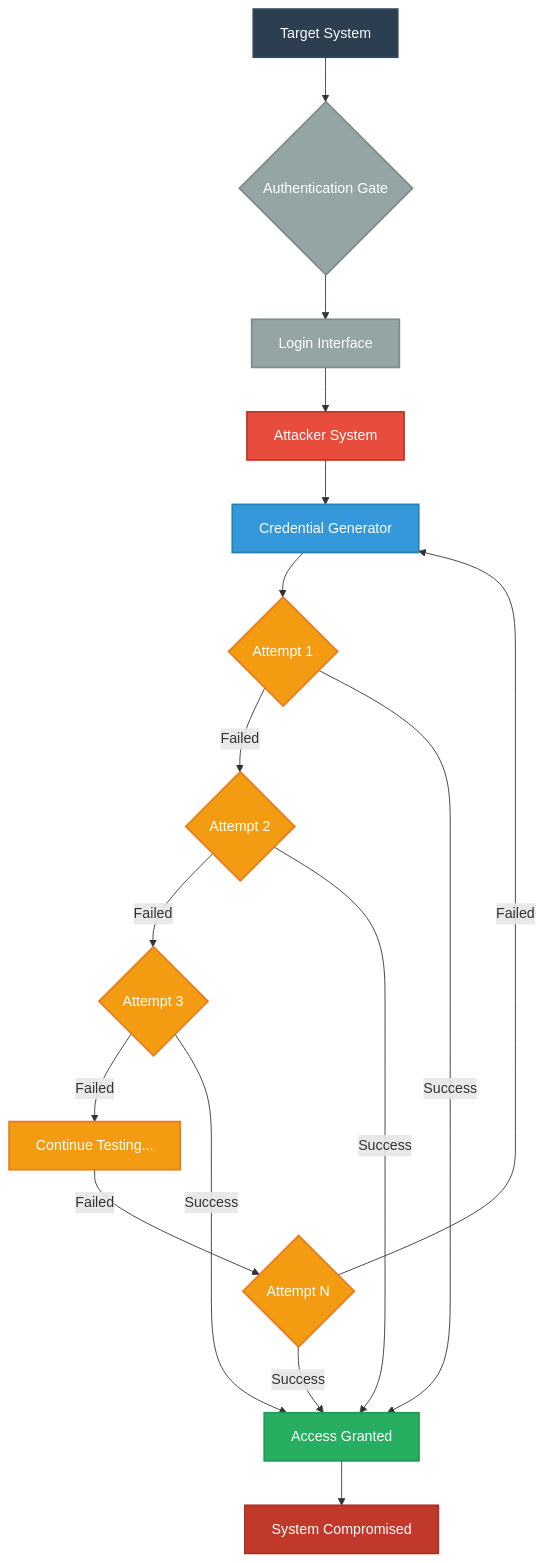
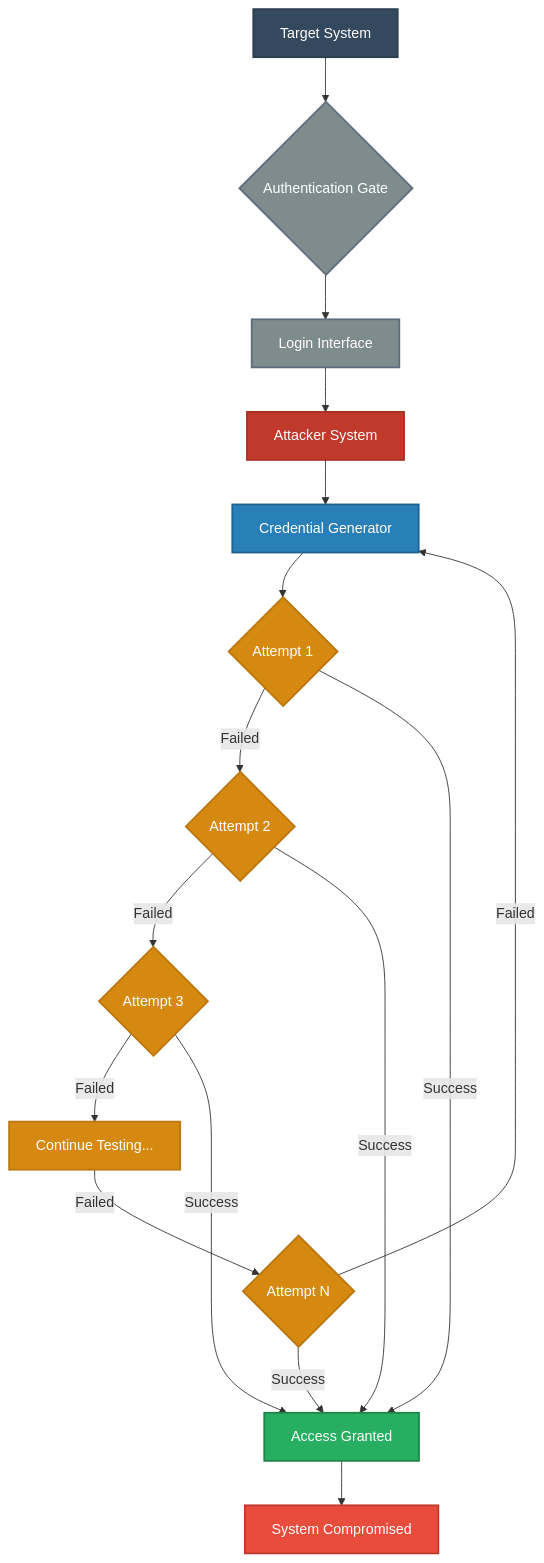
Before and after one commit to Suryanshu-Nabheet/Hack: the first of 5 diagrams in README.md, drawn with Mermaid. The commit also changed other lines of this file, not shown here.

````diff
--- a/README.md
+++ b/README.md
@@ -92,35 +95,35 @@
 ```mermaid
 graph TD
     A[Target System] --> B{Authentication Gate}
     B --> C[Login Interface]
     
     C --> D[Attacker System]
     D --> E[Credential Generator]
     
     E --> F{Attempt 1}
     F -->|Failed| G{Attempt 2}
     G -->|Failed| H{Attempt 3}
     H -->|Failed| I[Continue Testing...]
     I -->|Failed| J{Attempt N}
     J -->|Success| K[Access Granted]
     J -->|Failed| E
     
     F -->|Success| K
     G -->|Success| K
     H -->|Success| K
     
     K --> L[System Compromised]
     
-    style A fill:#2c3e50,stroke:#34495e,stroke-width:2px,color:#fff
-    style D fill:#e74c3c,stroke:#c0392b,stroke-width:2px,color:#fff
-    style K fill:#27ae60,stroke:#229954,stroke-width:2px,color:#fff
-    style L fill:#c0392b,stroke:#a93226,stroke-width:2px,color:#fff
-    style E fill:#3498db,stroke:#2980b9,stroke-width:2px,color:#fff
-    style B fill:#95a5a6,stroke:#7f8c8d,stroke-width:2px,color:#fff
-    style C fill:#95a5a6,stroke:#7f8c8d,stroke-width:2px,color:#fff
-    style F fill:#f39c12,stroke:#e67e22,stroke-width:2px,color:#fff
-    style G fill:#f39c12,stroke:#e67e22,stroke-width:2px,color:#fff
-    style H fill:#f39c12,stroke:#e67e22,stroke-width:2px,color:#fff
-    style I fill:#f39c12,stroke:#e67e22,stroke-width:2px,color:#fff
-    style J fill:#f39c12,stroke:#e67e22,stroke-width:2px,color:#fff
+    style A fill:#34495e,stroke:#2c3e50,stroke-width:2px,color:#fff
+    style D fill:#c0392b,stroke:#a93226,stroke-width:2px,color:#fff
+    style K fill:#27ae60,stroke:#1e8449,stroke-width:2px,color:#fff
+    style L fill:#e74c3c,stroke:#c0392b,stroke-width:2px,color:#fff
+    style E fill:#2980b9,stroke:#1f618d,stroke-width:2px,color:#fff
+    style B fill:#7f8c8d,stroke:#5d6d7e,stroke-width:2px,color:#fff
+    style C fill:#7f8c8d,stroke:#5d6d7e,stroke-width:2px,color:#fff
+    style F fill:#d68910,stroke:#b9770e,stroke-width:2px,color:#fff
+    style G fill:#d68910,stroke:#b9770e,stroke-width:2px,color:#fff
+    style H fill:#d68910,stroke:#b9770e,stroke-width:2px,color:#fff
+    style I fill:#d68910,stroke:#b9770e,stroke-width:2px,color:#fff
+    style J fill:#d68910,stroke:#b9770e,stroke-width:2px,color:#fff
 ```
````
